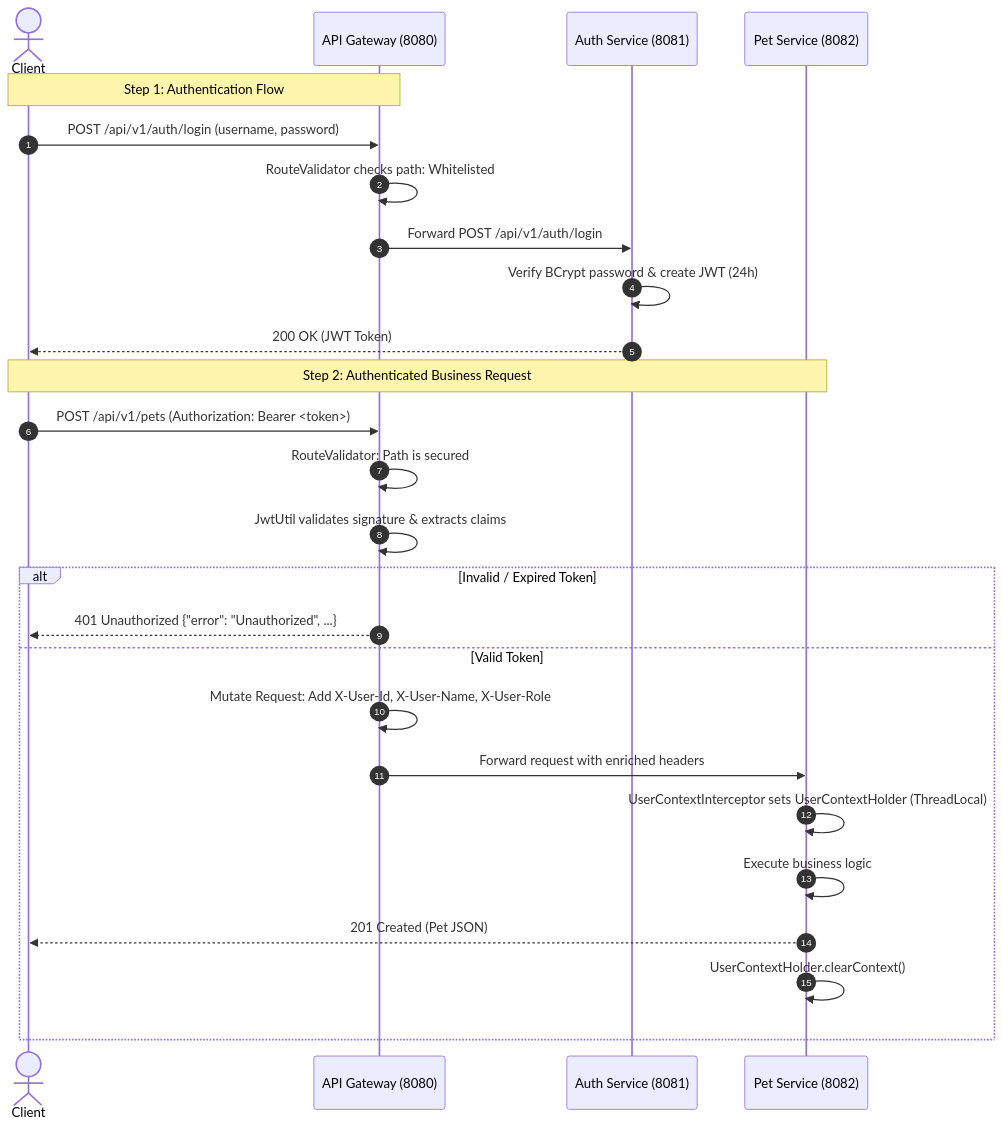
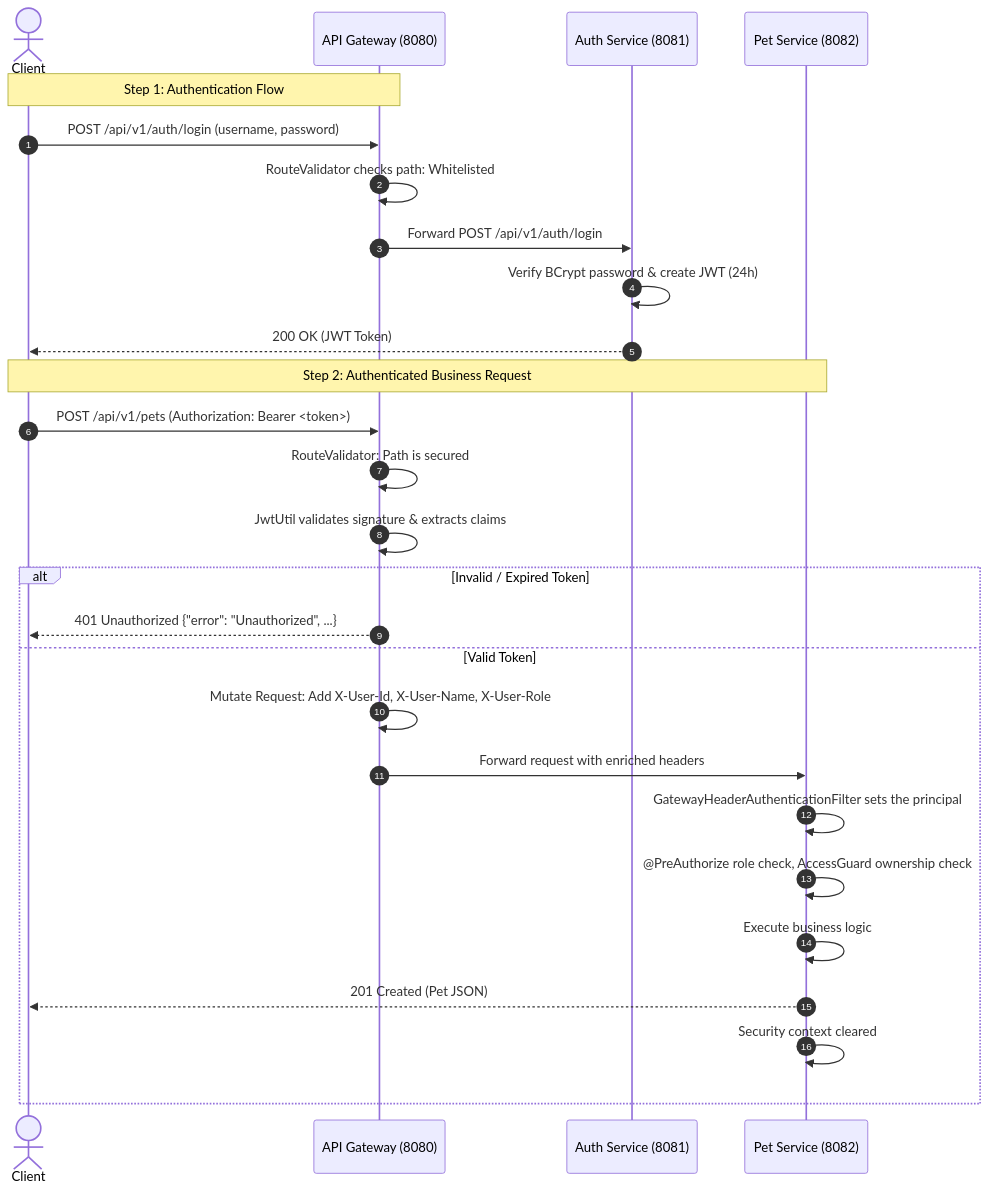
The second of 5 diagrams in system_architecture_and_flow_docs.md (Phongasfd/pet-clinic-management), drawn with Mermaid before and after one commit. The commit also changed other lines of this file and 71 other files, not shown here.

````diff
--- a/system_architecture_and_flow_docs.md
+++ b/system_architecture_and_flow_docs.md
@@ -111,30 +111,31 @@
 ```mermaid
 sequenceDiagram
     autonumber
     actor Client
     participant GW as API Gateway (8080)
     participant Auth as Auth Service (8081)
     participant Pet as Pet Service (8082)
 
     Note over Client, GW: Step 1: Authentication Flow
     Client->>GW: POST /api/v1/auth/login (username, password)
     GW->>GW: RouteValidator checks path: Whitelisted
     GW->>Auth: Forward POST /api/v1/auth/login
     Auth->>Auth: Verify BCrypt password & create JWT (24h)
     Auth-->>Client: 200 OK (JWT Token)
 
     Note over Client, Pet: Step 2: Authenticated Business Request
     Client->>GW: POST /api/v1/pets (Authorization: Bearer <token>)
     GW->>GW: RouteValidator: Path is secured
     GW->>GW: JwtUtil validates signature & extracts claims
     alt Invalid / Expired Token
         GW-->>Client: 401 Unauthorized {"error": "Unauthorized", ...}
     else Valid Token
         GW->>GW: Mutate Request: Add X-User-Id, X-User-Name, X-User-Role
         GW->>Pet: Forward request with enriched headers
-        Pet->>Pet: UserContextInterceptor sets UserContextHolder (ThreadLocal)
+        Pet->>Pet: GatewayHeaderAuthenticationFilter sets the principal
+        Pet->>Pet: @PreAuthorize role check, AccessGuard ownership check
         Pet->>Pet: Execute business logic
         Pet-->>Client: 201 Created (Pet JSON)
-        Pet->>Pet: UserContextHolder.clearContext()
+        Pet->>Pet: Security context cleared
     end
 ```
````
